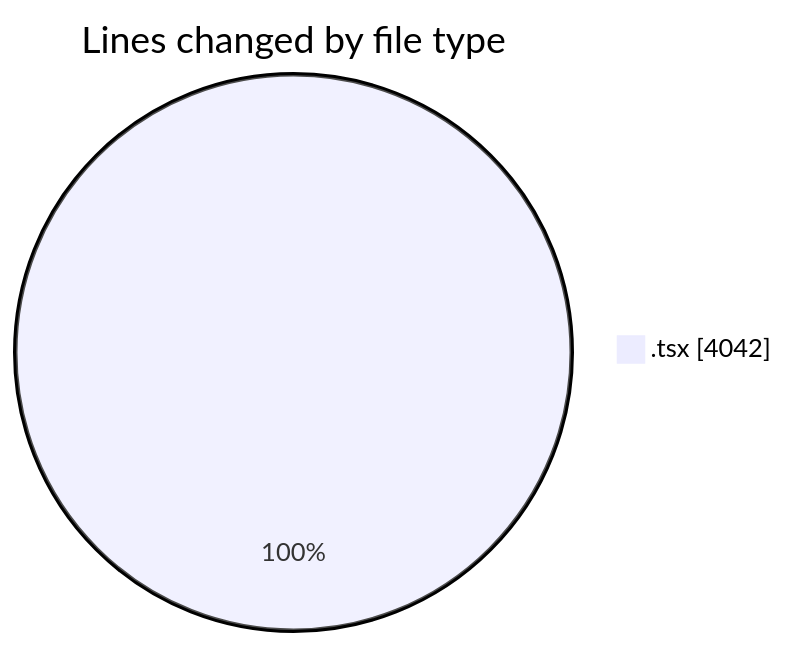
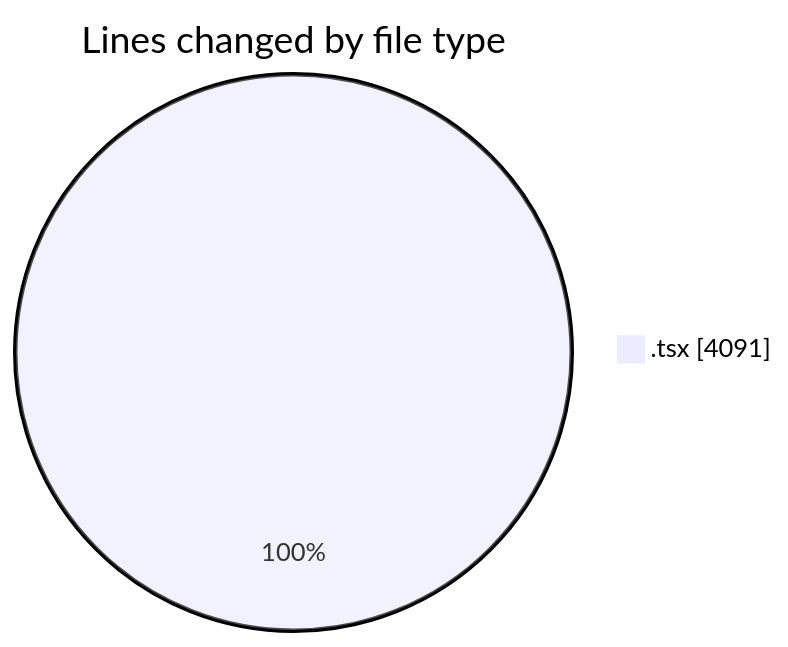
The first of 2 diagrams in 2026-07-15/nxtqube_webapp/README.md (nxtqubesakshisongat/code-tracking), drawn with Mermaid before and after one commit. The commit also changed other lines of this file and 1 other file, not shown here.

````diff
--- a/2026-07-15/nxtqube_webapp/README.md
+++ b/2026-07-15/nxtqube_webapp/README.md
@@ -26,5 +27,5 @@
 ```mermaid
 pie showData
 title Lines changed by file type
-".tsx" : 4042
+".tsx" : 4091
 ```
````
